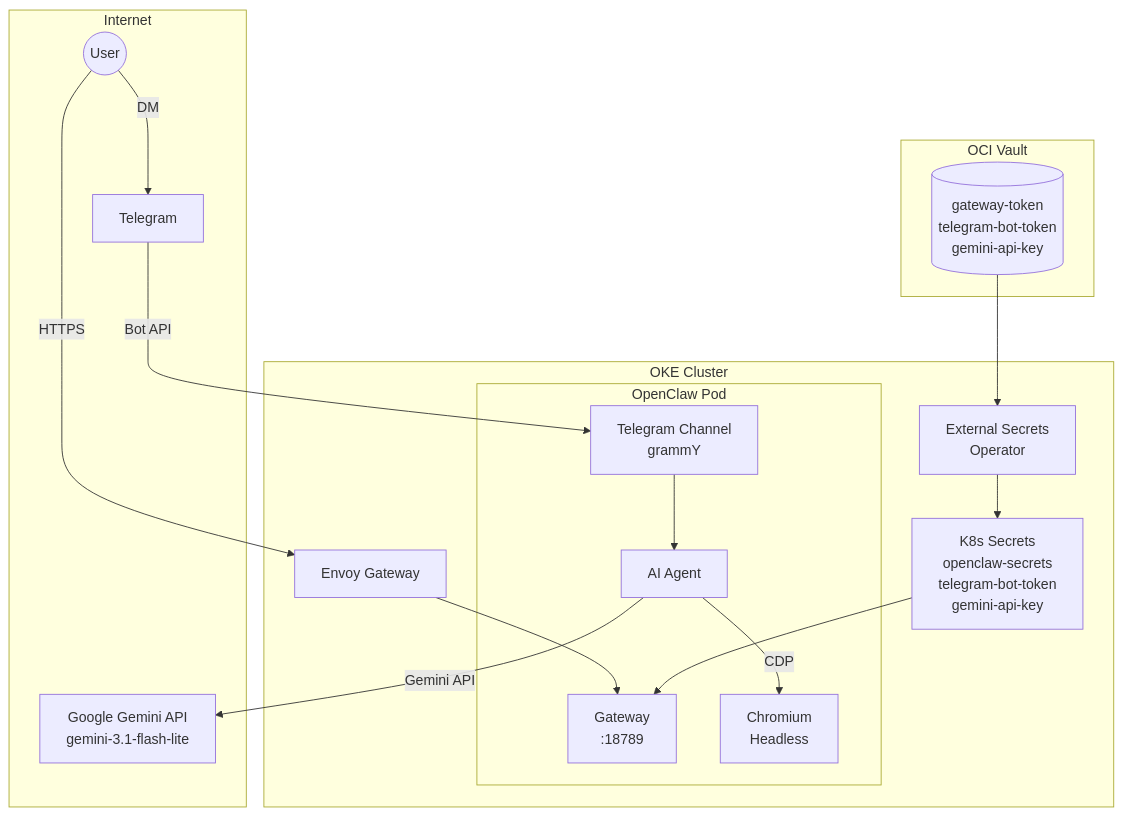
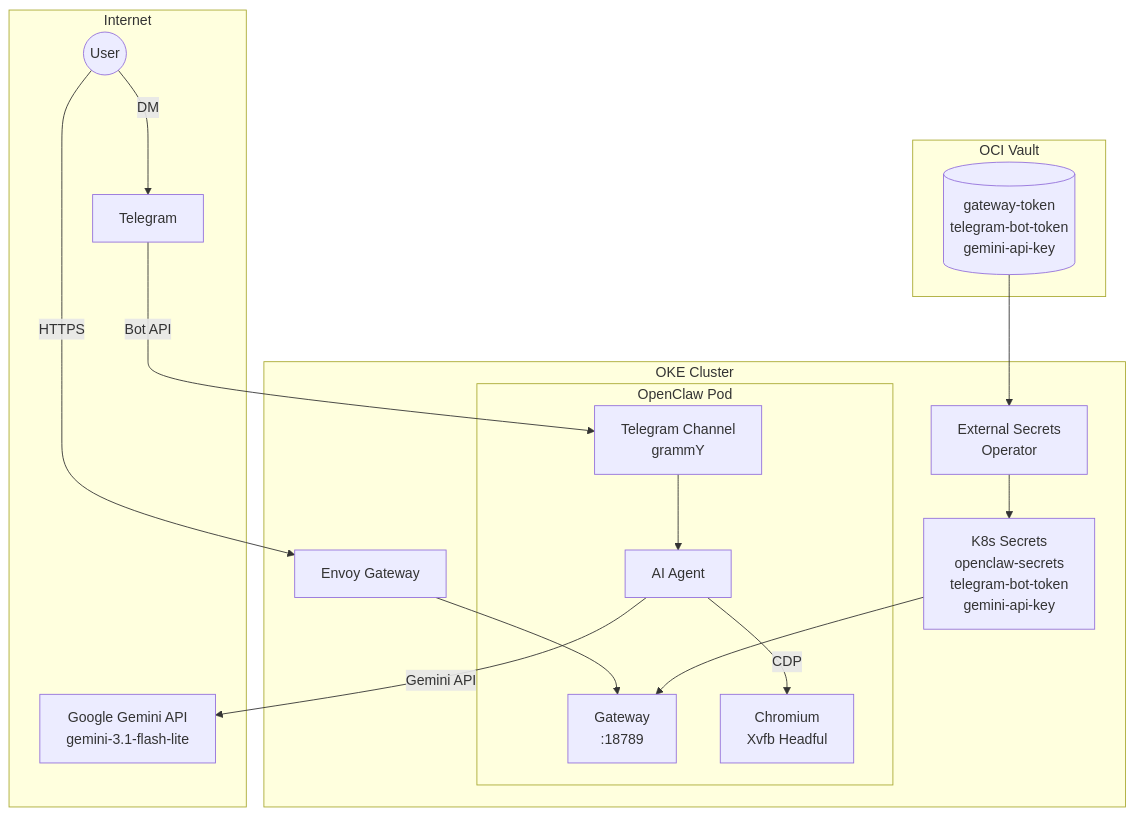
One commit to nsudhanva/k8s-oracle changed the diagram in docs/src/content/docs/architecture/openclaw.mdx. Above: the diagram before and after it, drawn with Mermaid. The commit also changed other lines of this file and 5 other files, not shown here.

````diff
--- a/docs/src/content/docs/architecture/openclaw.mdx
+++ b/docs/src/content/docs/architecture/openclaw.mdx
@@ -22,37 +22,37 @@
 ```mermaid
 flowchart TB
     subgraph Internet
         User((User))
         TG[Telegram]
         GeminiAPI[Google Gemini API<br/>gemini-3.1-flash-lite]
     end
 
     subgraph OKE["OKE Cluster"]
         Gateway[Envoy Gateway]
 
         subgraph OpenClawPod["OpenClaw Pod"]
             GW[Gateway<br/>:18789]
             Agent[AI Agent]
             TGChannel[Telegram Channel<br/>grammY]
-            Browser[Chromium<br/>Headless]
+            Browser[Chromium<br/>Xvfb Headful]
         end
 
         ESO[External Secrets<br/>Operator]
         Secrets[K8s Secrets<br/>openclaw-secrets<br/>telegram-bot-token<br/>gemini-api-key]
     end
 
     subgraph OCI["OCI Vault"]
         VaultSecrets[(gateway-token<br/>telegram-bot-token<br/>gemini-api-key)]
     end
 
     User -->|HTTPS| Gateway
     Gateway --> GW
     User -->|DM| TG
     TG -->|Bot API| TGChannel
     TGChannel --> Agent
     Agent -->|Gemini API| GeminiAPI
     Agent -->|CDP| Browser
     VaultSecrets --> ESO
     ESO --> Secrets
     Secrets --> GW
 ```
````
